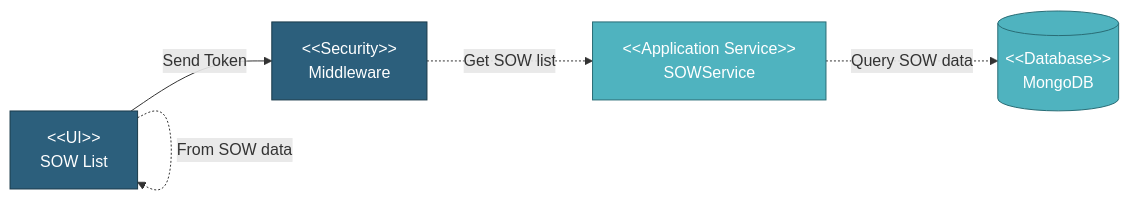
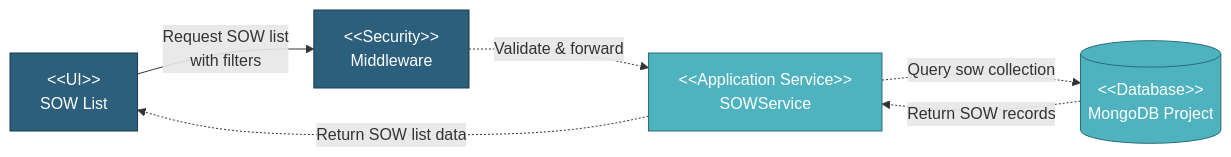
One commit to faizalmuzakki/pipeline-docs changed the diagram in docs/TDD/05-Component-Design/5.3-SOW-Module/5.3.1-SOW-List.md. Above: the diagram before and after it, drawn with Mermaid.

Commit message:
fix: update sow component design graph

````diff
--- a/docs/TDD/05-Component-Design/5.3-SOW-Module/5.3.1-SOW-List.md
+++ b/docs/TDD/05-Component-Design/5.3-SOW-Module/5.3.1-SOW-List.md
@@ -5,18 +5,18 @@
 ```mermaid
 graph LR
     UI_LIST["&lt;&lt;UI&gt;&gt;<br/>SOW List"]
     SEC["&lt;&lt;Security&gt;&gt;<br/>Middleware"]
     SOW_SVC["&lt;&lt;Application Service&gt;&gt;<br/>SOWService"]
-    DB[("&lt;&lt;Database&gt;&gt;<br/>MongoDB")]
+    DB[("&lt;&lt;Database&gt;&gt;<br/>MongoDB Project")]
 
-    UI_LIST -->|Send Token| SEC
-    SEC -.->|Get SOW list| SOW_SVC
-    SOW_SVC -.->|Query SOW data| DB
-    UI_LIST -.->|Generate filter options| UI_LIST
-    UI_LIST -.->|From SOW data| UI_LIST
+    UI_LIST -->|Request SOW list<br/>with filters| SEC
+    SEC -.->|Validate & forward| SOW_SVC
+    SOW_SVC -.->|Query sow collection| DB
+    DB -.->|Return SOW records| SOW_SVC
+    SOW_SVC -.->|Return SOW list data| UI_LIST
 
     style UI_LIST fill:#2C5F7C,stroke:#1a3a4a,color:#fff
     style SEC fill:#2C5F7C,stroke:#1a3a4a,color:#fff
     style SOW_SVC fill:#4FB3BF,stroke:#2a6d76,color:#fff
     style DB fill:#4FB3BF,stroke:#2a6d76,color:#fff
 ```
````
